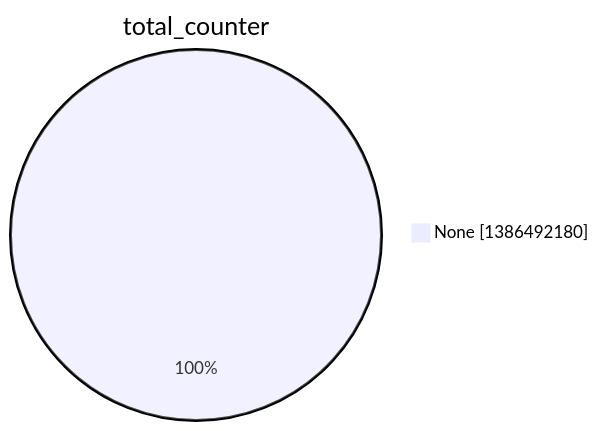
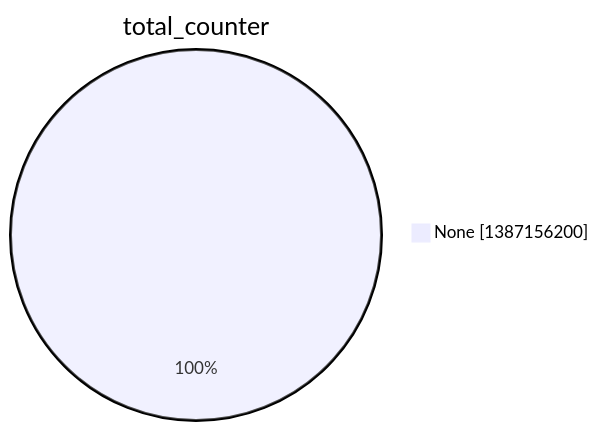
The second of 15 diagrams in argon2022/README.md (christiankrug/ctmonitor_visualization), drawn with Mermaid before and after one commit. The commit also changed other lines of this file, not shown here.

````diff
--- a/argon2022/README.md
+++ b/argon2022/README.md
@@ -9,5 +9,5 @@
 ```mermaid
 pie showData
 title total_counter
-"None" :1386492180
+"None" :1387156200
 ```
````
